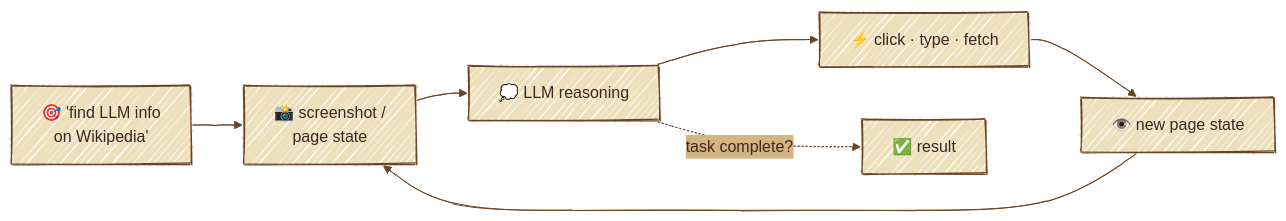
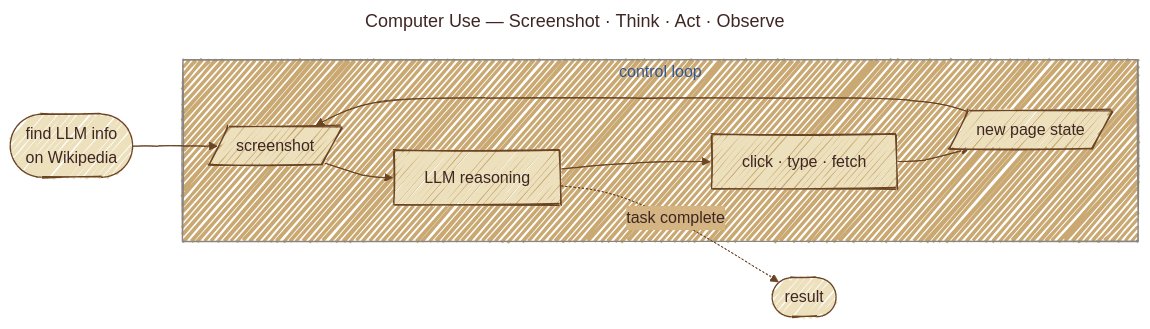
One commit to gtesei/agentic_design_patterns changed diagram 12 of 29 in README.md. Above: the diagram before and after it, drawn with Mermaid. The commit also changed other lines of this file, not shown here.

Commit message:
docs(1_prompt_chain): add Mermaid diagram of the spec→JSON chain

````diff
--- a/README.md
+++ b/README.md
@@ -700,12 +793,20 @@
 ```mermaid
+---
+title: Computer Use — Screenshot · Think · Act · Observe
+---
 %%{init: {'look':'handDrawn','theme':'base','themeVariables':{'background':'#f5ecd9','primaryColor':'#ede0bd','primaryBorderColor':'#6b4423','primaryTextColor':'#3e2723','lineColor':'#6b4423','secondaryColor':'#d4b483','tertiaryColor':'#c9a872','fontFamily':'Caveat, Patrick Hand, cursive'}}}%%
 flowchart LR
-    Goal["🎯 'find LLM info<br/>on Wikipedia'"]
-    Snap["📸 screenshot /<br/>page state"]
-    Think["💭 LLM reasoning"]
-    Act["⚡ click · type · fetch"]
-    Obs["👁️ new page state"]
-    Done["✅ result"]
-    Goal --> Snap --> Think --> Act --> Obs --> Snap
-    Think -. "task complete?" .-> Done
+    Goal([find LLM info<br/>on Wikipedia])
+    Done([result])
+
+    subgraph loop ["control loop"]
+        Snap[/screenshot/]
+        Think[LLM reasoning]
+        Act[click · type · fetch]
+        Obs[/new page state/]
+        Snap --> Think --> Act --> Obs --> Snap
+    end
+
+    Goal --> Snap
+    Think -. "task complete" .-> Done
 ```
````
